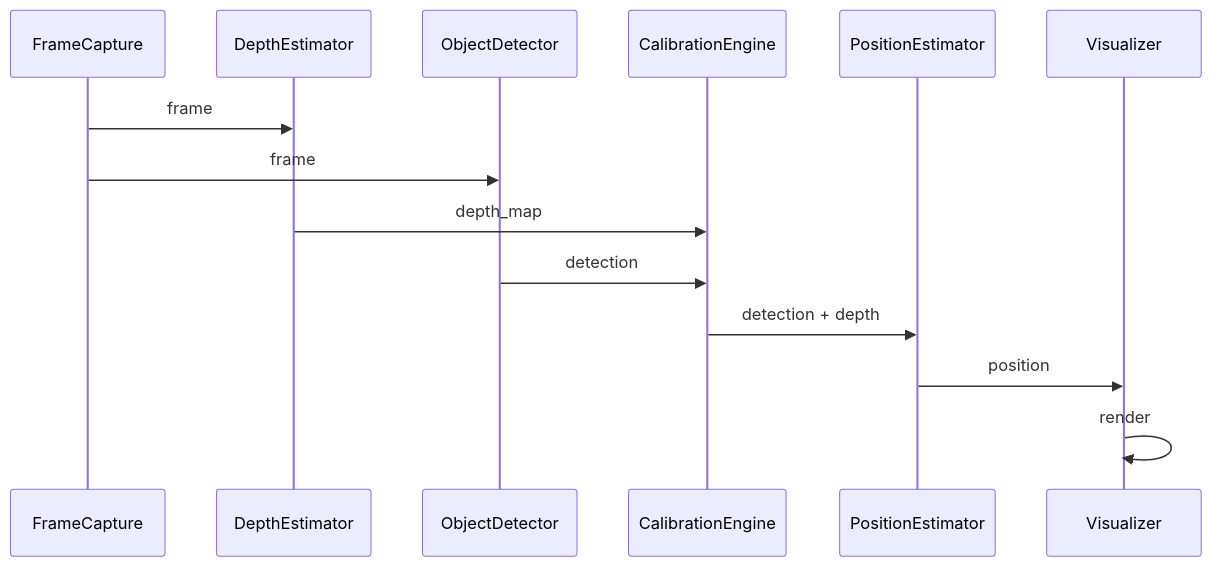
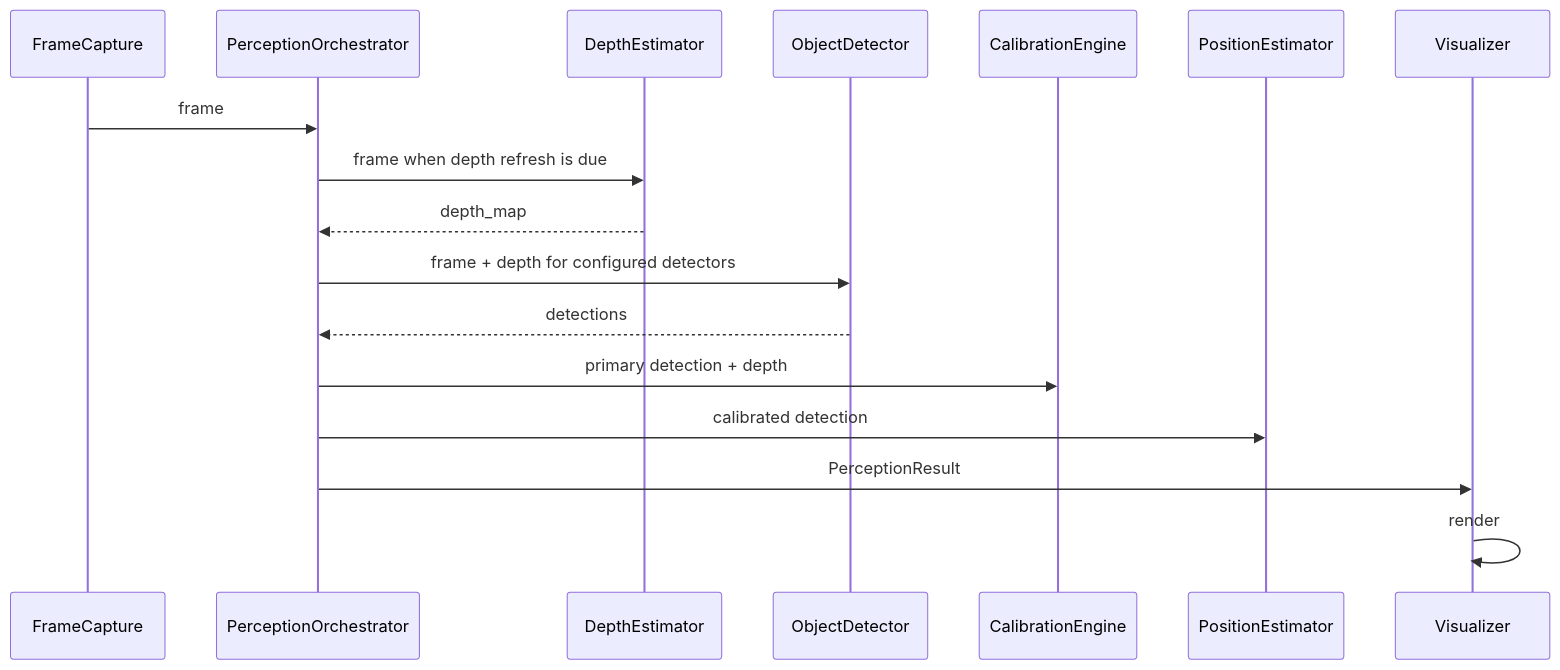
Before and after one commit to vinitsathe23-tech/depth-estimator: the second of 3 diagrams in docs/design/system-architecture.md, drawn with Mermaid. The commit also changed other lines of this file and 7 other files, not shown here.

Commit message:
improve the way frame are processed and make an orchestrator

````diff
--- a/docs/design/system-architecture.md
+++ b/docs/design/system-architecture.md
@@ -232,17 +254,20 @@
 ```mermaid
 sequenceDiagram
     participant FC as FrameCapture
+    participant PO as PerceptionOrchestrator
     participant DE as DepthEstimator
     participant OD as ObjectDetector
     participant CE as CalibrationEngine
     participant PE as PositionEstimator
     participant VIZ as Visualizer
     
-    FC->>DE: frame
-    FC->>OD: frame
-    DE->>CE: depth_map
-    OD->>CE: detection
-    CE->>PE: detection + depth
-    PE->>VIZ: position
+    FC->>PO: frame
+    PO->>DE: frame when depth refresh is due
+    DE-->>PO: depth_map
+    PO->>OD: frame + depth for configured detectors
+    OD-->>PO: detections
+    PO->>CE: primary detection + depth
+    PO->>PE: calibrated detection
+    PO->>VIZ: PerceptionResult
     VIZ->>VIZ: render
 ```
````
